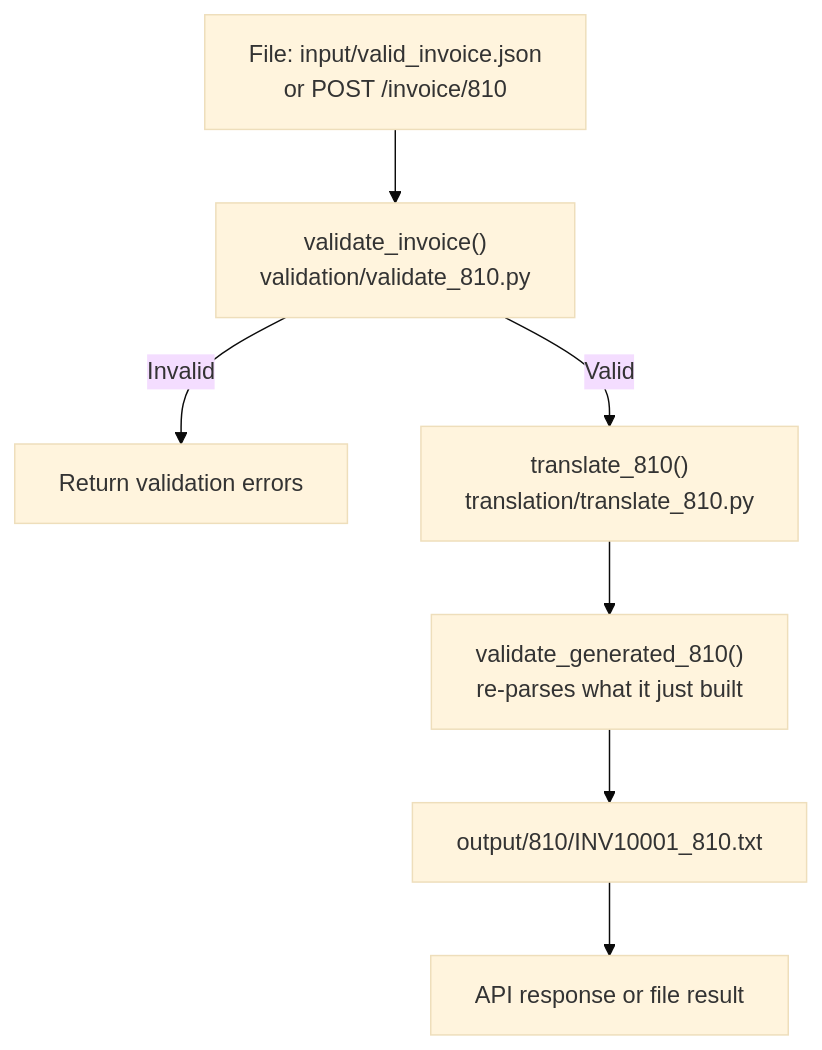
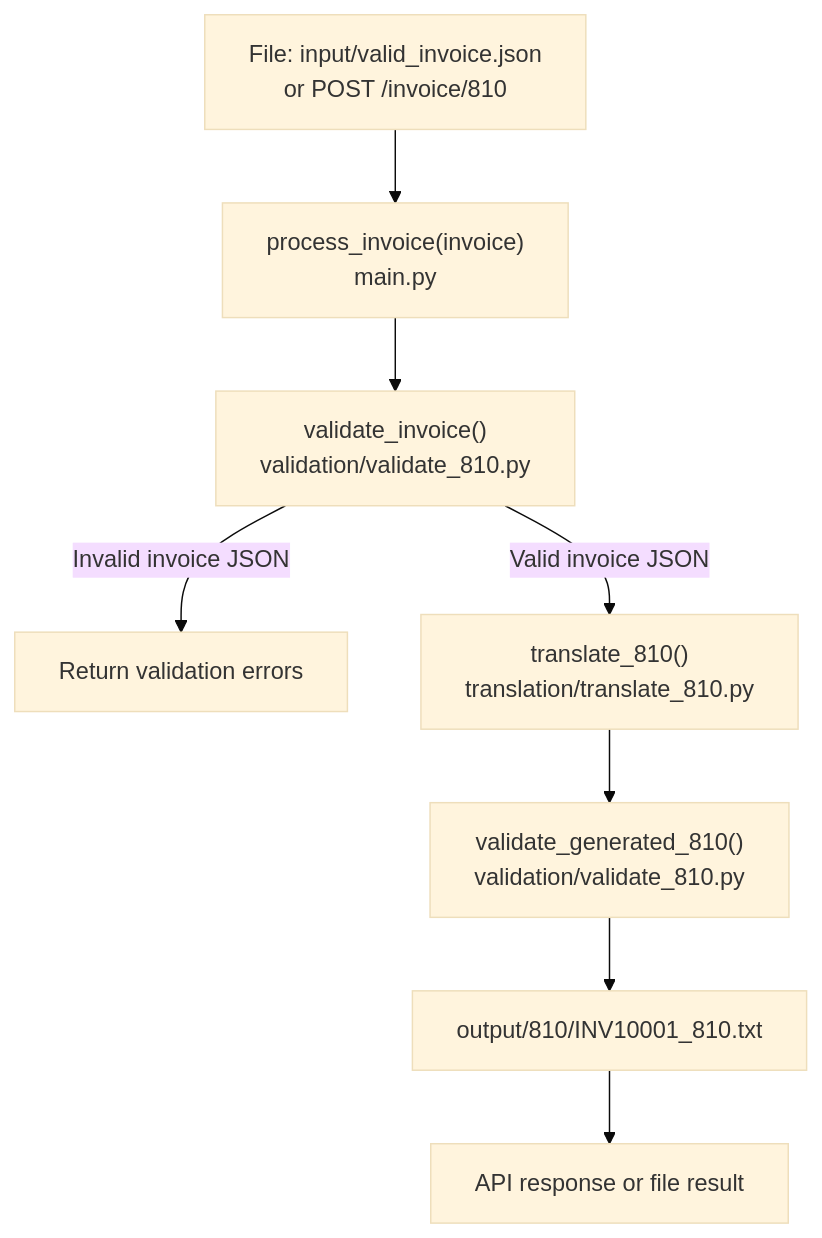
Before and after one commit to alowinarp/edi-integration-pipeline: the second of 2 diagrams in docs/ARCHITECTURE.md, drawn with Mermaid (base theme). The commit also changed other lines of this file and 6 other files, not shown here.

````diff
--- a/docs/ARCHITECTURE.md
+++ b/docs/ARCHITECTURE.md
@@ -10,9 +230,10 @@
 ```mermaid
 flowchart TD
-    B1["File: input/valid_invoice.json<br/>or POST /invoice/810"] --> B2["validate_invoice()<br/>validation/validate_810.py"]
-    B2 -->|"Invalid"| B4["Return validation errors"]
-    B2 -->|"Valid"| B3["translate_810()<br/>translation/translate_810.py"]
-    B3 --> B5["validate_generated_810()<br/>re-parses what it just built"]
+    B0["File: input/valid_invoice.json<br/>or POST /invoice/810"] --> B1["process_invoice(invoice)<br/>main.py"]
+    B1 --> B2["validate_invoice()<br/>validation/validate_810.py"]
+    B2 -->|"Invalid invoice JSON"| B3["Return validation errors"]
+    B2 -->|"Valid invoice JSON"| B4["translate_810()<br/>translation/translate_810.py"]
+    B4 --> B5["validate_generated_810()<br/>validation/validate_810.py"]
     B5 --> B6["output/810/INV10001_810.txt"]
     B6 --> B7["API response or file result"]
 ```
````
